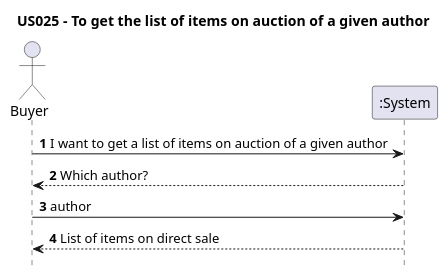
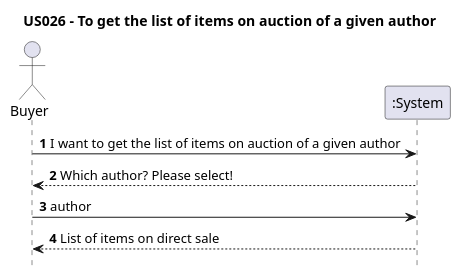
One commit to AndrePereiraGitH/SWitCH-Project-Team_A changed the diagram in Diagrams/SequenceDiagrams/N1/US026-to-get-the-list-of-items-on-auction-of-a-given-author.puml. Above: the diagram before and after it, drawn with PlantUML. The commit also changed 5 other files, not shown here.

```diff
--- a/Diagrams/SequenceDiagrams/N1/US026-to-get-the-list-of-items-on-auction-of-a-given-author.puml
+++ b/Diagrams/SequenceDiagrams/N1/US026-to-get-the-list-of-items-on-auction-of-a-given-author.puml
@@ -1,15 +1,14 @@
 @startuml
 
 hide footbox
-title US025 - To get the list of items on auction of a given author
+title US026 - To get the list of items on auction of a given author
 
 actor Buyer
 participant ":System" as System
 
-Buyer -> System : **1** I want to get a list of items on auction of a given author
-Buyer <-- System : **2** Which author?
+Buyer -> System : **1** I want to get the list of items on auction of a given author
+Buyer <-- System : **2** Which author? Please select!
 Buyer -> System : **3** author
-
 System --> Buyer : **4** List of items on direct sale
 
 @enduml
```
